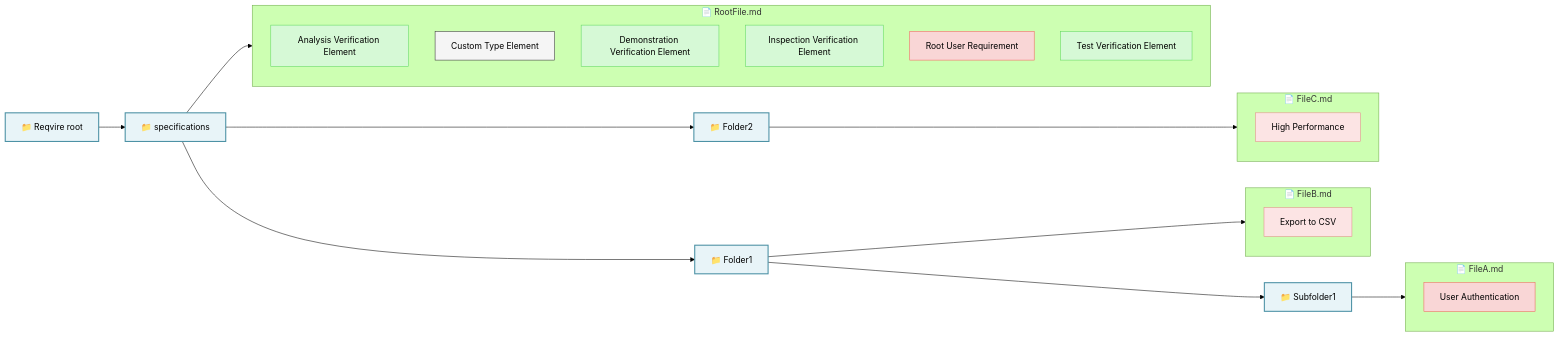
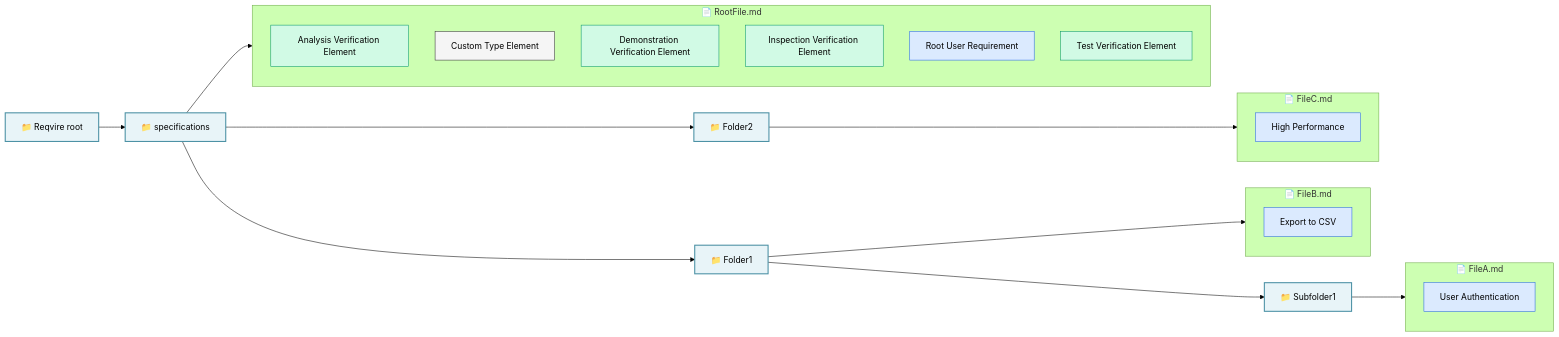
Before and after one commit to reqvire-org/reqvire: the diagram in tests/test-containment-view/expected-containment-output.md, drawn with Mermaid (forest theme). The commit also changed 53 other files, not shown here.

Commit message:
Change whole model diagram to top-down layout and rename Home to Index

````diff
--- a/tests/test-containment-view/expected-containment-output.md
+++ b/tests/test-containment-view/expected-containment-output.md
@@ -6,80 +6,80 @@
 ```mermaid
 graph LR
   %% Graph styling
-  classDef userRequirement fill:#f9d6d6,stroke:#f55f5f,stroke-width:1px;
-  classDef systemRequirement fill:#fce4e4,stroke:#e68a8a,stroke-width:1px;
-  classDef requirement fill:#fce4e4,stroke:#e68a8a,stroke-width:1px;
-  classDef verification fill:#d6f9d6,stroke:#5fd75f,stroke-width:1px;
+  classDef userRequirement fill:#dbeafe,stroke:#2563EB,stroke-width:1px;
+  classDef systemRequirement fill:#dbeafe,stroke:#2563EB,stroke-width:1px;
+  classDef requirement fill:#dbeafe,stroke:#2563EB,stroke-width:1px;
+  classDef verification fill:#d1fae5,stroke:#059669,stroke-width:1px;
   classDef default fill:#f5f5f5,stroke:#333333,stroke-width:1px;
   classDef folder fill:#e8f4f8,stroke:#4a90a4,stroke-width:2px;
   classDef file fill:#fff8e1,stroke:#f9a825,stroke-width:2px;
 
   root["📁 Reqvire root"]
   class root folder
 
   specifications["📁 specifications"]
   root --> specifications
   class specifications folder
   specifications_Folder1["📁 Folder1"]
   specifications --> specifications_Folder1
   class specifications_Folder1 folder
   specifications_Folder1_Subfolder1["📁 Subfolder1"]
   specifications_Folder1 --> specifications_Folder1_Subfolder1
   class specifications_Folder1_Subfolder1 folder
   subgraph specifications/Folder1/Subfolder1/FileA["📄 FileA.md"]
     58d1cd147301f9e3["User Authentication"]
   end
   specifications_Folder1_Subfolder1 --> specifications/Folder1/Subfolder1/FileA
   subgraph specifications/Folder1/FileB["📄 FileB.md"]
     e08a9833904afb54["Export to CSV"]
   end
   specifications_Folder1 --> specifications/Folder1/FileB
   specifications_Folder2["📁 Folder2"]
   specifications --> specifications_Folder2
   class specifications_Folder2 folder
   subgraph specifications/Folder2/FileC["📄 FileC.md"]
     25af44158bf43fcc["High Performance"]
   end
   specifications_Folder2 --> specifications/Folder2/FileC
   subgraph specifications/RootFile["📄 RootFile.md"]
     8be34e37b1135168["Analysis Verification Element"]
     17cdb2bd8b866540["Custom Type Element"]
     27ce8e2d3add00a7["Demonstration Verification Element"]
     e65293d51dd83e69["Inspection Verification Element"]
     2a302bfb04c46059["Root User Requirement"]
     939fef5f29ad393f["Test Verification Element"]
   end
   specifications --> specifications/RootFile
 
   %% Element type styling
   class e08a9833904afb54 requirement
   class f0838bb4b888bb69 requirement
   class 490e1613c01f9f25 requirement
   class b9b9c21ca4e8fef6 requirement
   class 58d1cd147301f9e3 userRequirement
   class 25af44158bf43fcc requirement
   class 06d646615c67db9c requirement
   class 8be34e37b1135168 verification
   class 17cdb2bd8b866540 default
   class 27ce8e2d3add00a7 verification
   class e65293d51dd83e69 verification
   class e7f7eefa12a25e33 requirement
   class 2a302bfb04c46059 userRequirement
   class 939fef5f29ad393f verification
 
   %% Clickable links
   click e08a9833904afb54 "specifications/Folder1/FileB.md#export-to-csv"
   click f0838bb4b888bb69 "specifications/Folder1/FileB.md#import-from-json"
   click 490e1613c01f9f25 "specifications/Folder1/Subfolder1/FileA.md#data-validation"
   click b9b9c21ca4e8fef6 "specifications/Folder1/Subfolder1/FileA.md#error-logging"
   click 58d1cd147301f9e3 "specifications/Folder1/Subfolder1/FileA.md#user-authentication"
   click 25af44158bf43fcc "specifications/Folder2/FileC.md#high-performance"
   click 06d646615c67db9c "specifications/Folder2/FileC.md#scalability"
   click 8be34e37b1135168 "specifications/RootFile.md#analysis-verification-element"
   click 17cdb2bd8b866540 "specifications/RootFile.md#custom-type-element"
   click 27ce8e2d3add00a7 "specifications/RootFile.md#demonstration-verification-element"
   click e65293d51dd83e69 "specifications/RootFile.md#inspection-verification-element"
   click e7f7eefa12a25e33 "specifications/RootFile.md#root-system-requirement"
   click 2a302bfb04c46059 "specifications/RootFile.md#root-user-requirement"
   click 939fef5f29ad393f "specifications/RootFile.md#test-verification-element"
 ```
````
